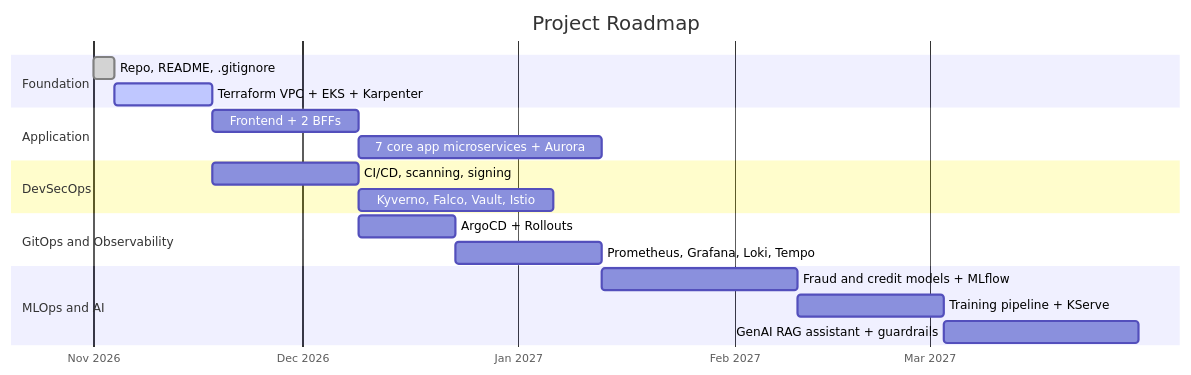
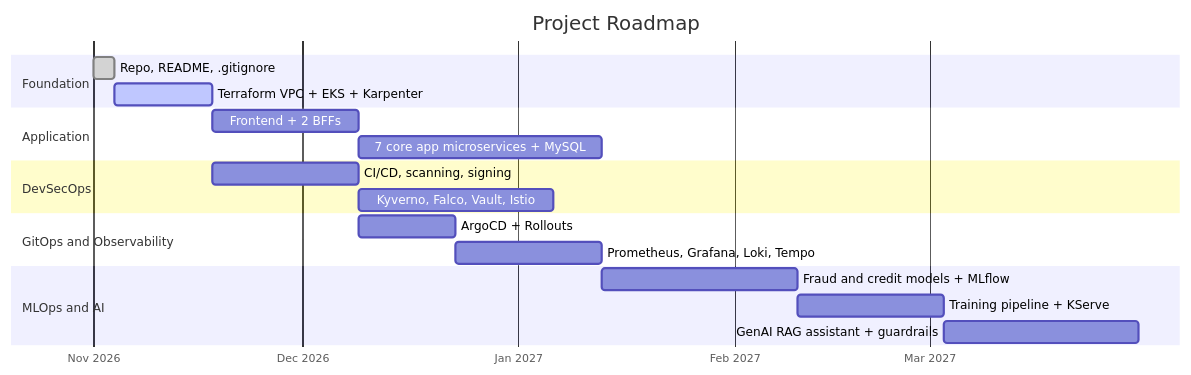
One commit to muntaha747/FinTech-Enterprise-Project changed diagram 30 of 31 in README.md. Above: the diagram before and after it, drawn with Mermaid. The commit also changed other lines of this file and 4 other files, not shown here.

First line of the commit message:
README: project overview, infrastructure layers and regional architecture diagrams [skip ci]

````diff
--- a/README.md
+++ b/README.md
@@ -1179,22 +1340,22 @@
 ```mermaid
 gantt
     title Project Roadmap
     dateFormat  YYYY-MM-DD
     axisFormat  %b %Y
     section Foundation
     Repo, README, .gitignore          :done,    f1, 2026-11-01, 3d
     Terraform VPC + EKS + Karpenter   :active,  f2, 2026-11-04, 14d
     section Application
     Frontend + 2 BFFs                 :         a1, after f2, 21d
-    7 core app microservices + Aurora :         a2, after a1, 35d
+    7 core app microservices + MySQL  :         a2, after a1, 35d
     section DevSecOps
     CI/CD, scanning, signing          :         d1, after f2, 21d
     Kyverno, Falco, Vault, Istio      :         d2, after d1, 28d
     section GitOps and Observability
     ArgoCD + Rollouts                 :         g1, after d1, 14d
     Prometheus, Grafana, Loki, Tempo  :         g2, after g1, 21d
     section MLOps and AI
     Fraud and credit models + MLflow  :         m1, after a2, 28d
     Training pipeline + KServe        :         m2, after m1, 21d
     GenAI RAG assistant + guardrails  :         m3, after m2, 28d
 ```
````
